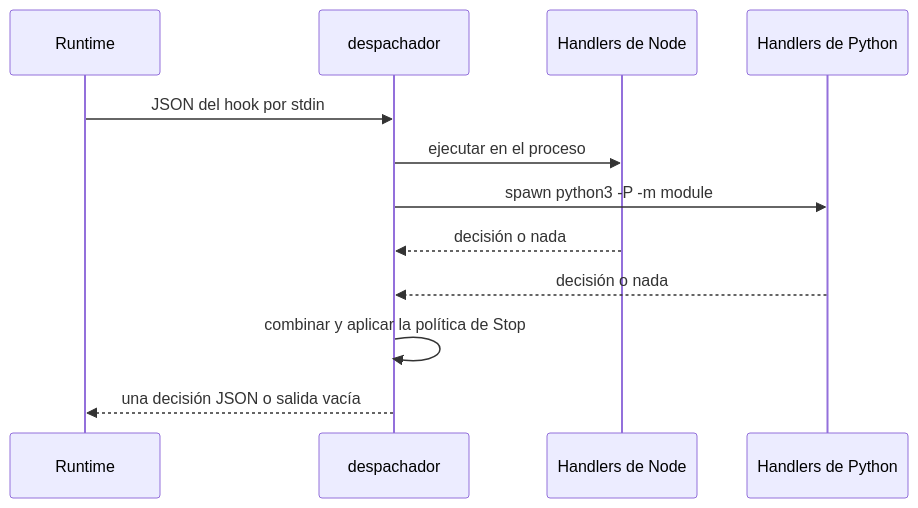
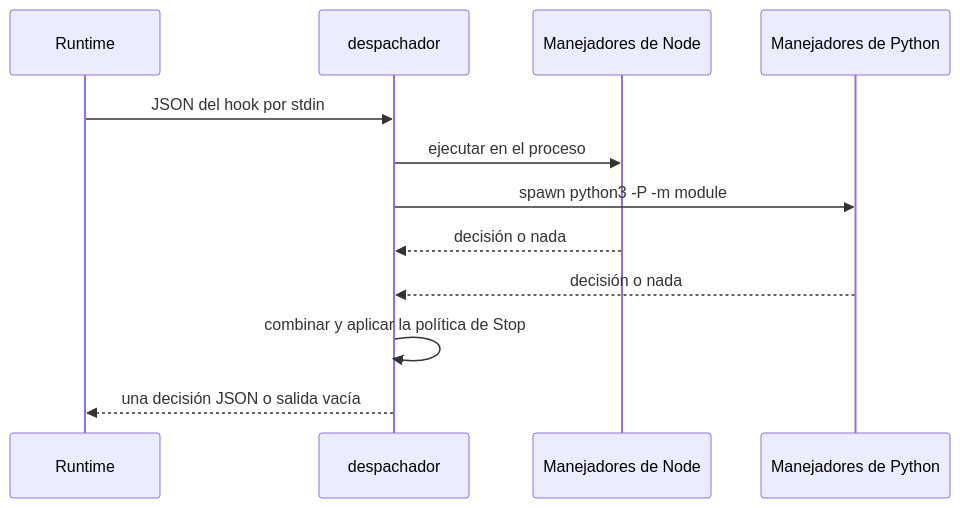
One commit to Negraldi/amauta changed the second of 2 diagrams in python/amauta/portal/guide/es/kernel.md. Above: the diagram before and after it, drawn with Mermaid. The commit also changed other lines of this file and 18 other files, not shown here.

````diff
--- a/python/amauta/portal/guide/es/kernel.md
+++ b/python/amauta/portal/guide/es/kernel.md
@@ -109,14 +109,14 @@
 ```mermaid
 sequenceDiagram
   participant R as Runtime
   participant D as despachador
-  participant N as Handlers de Node
-  participant P as Handlers de Python
+  participant N as Manejadores de Node
+  participant P as Manejadores de Python
   R->>D: JSON del hook por stdin
   D->>N: ejecutar en el proceso
   D->>P: spawn python3 -P -m module
   N-->>D: decisión o nada
   P-->>D: decisión o nada
   D->>D: combinar y aplicar la política de Stop
   D-->>R: una decisión JSON o salida vacía
 ```
````
